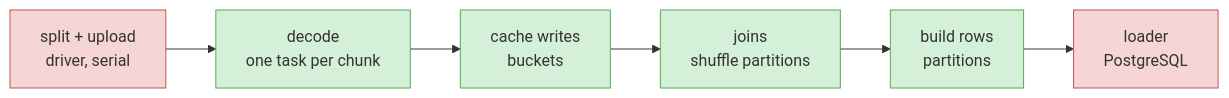
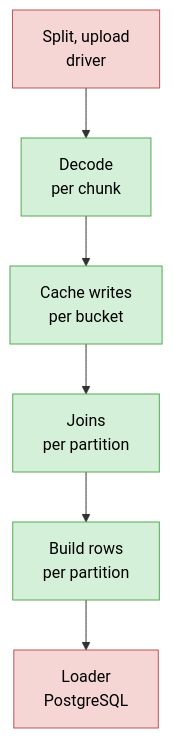
The fifth of 5 diagrams in docs/design.md (johngian/osm-spark-import), drawn with Mermaid before and after one commit. The commit also changed other lines of this file and 2 other files, not shown here.

Commit message:
Make diagrams fit small screens

````diff
--- a/docs/design.md
+++ b/docs/design.md
@@ -180,12 +156,12 @@
 ```mermaid
-flowchart LR
-    s1[split + upload<br/>driver, serial] --> s2[decode<br/>one task per chunk]
-    s2 --> s3[cache writes<br/>buckets]
-    s3 --> s4[joins<br/>shuffle partitions]
-    s4 --> s5[build rows<br/>partitions]
-    s5 --> s6[loader<br/>PostgreSQL]
-    classDef serial fill:#f6d5d5,stroke:#b55
-    classDef parallel fill:#d5f0d9,stroke:#5a5
+flowchart TB
+    s1[Split, upload<br/>driver] --> s2[Decode<br/>per chunk]
+    s2 --> s3[Cache writes<br/>per bucket]
+    s3 --> s4[Joins<br/>per partition]
+    s4 --> s5[Build rows<br/>per partition]
+    s5 --> s6[Loader<br/>PostgreSQL]
+    classDef serial fill:#f6d5d5,stroke:#b55,color:#000
+    classDef parallel fill:#d5f0d9,stroke:#5a5,color:#000
     class s1,s6 serial
     class s2,s3,s4,s5 parallel
 ```
````
